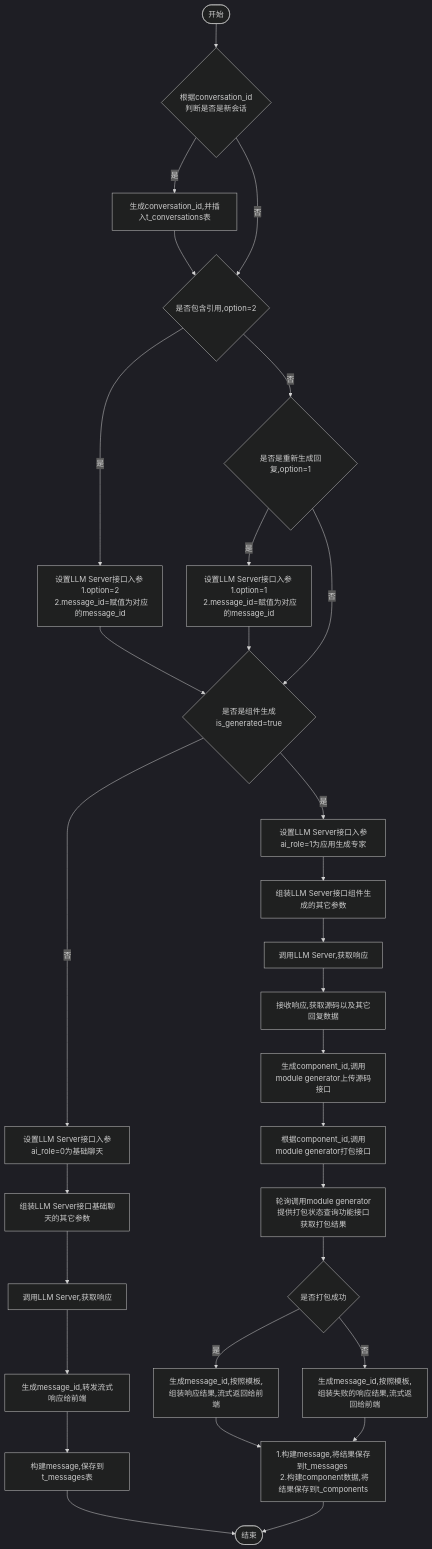
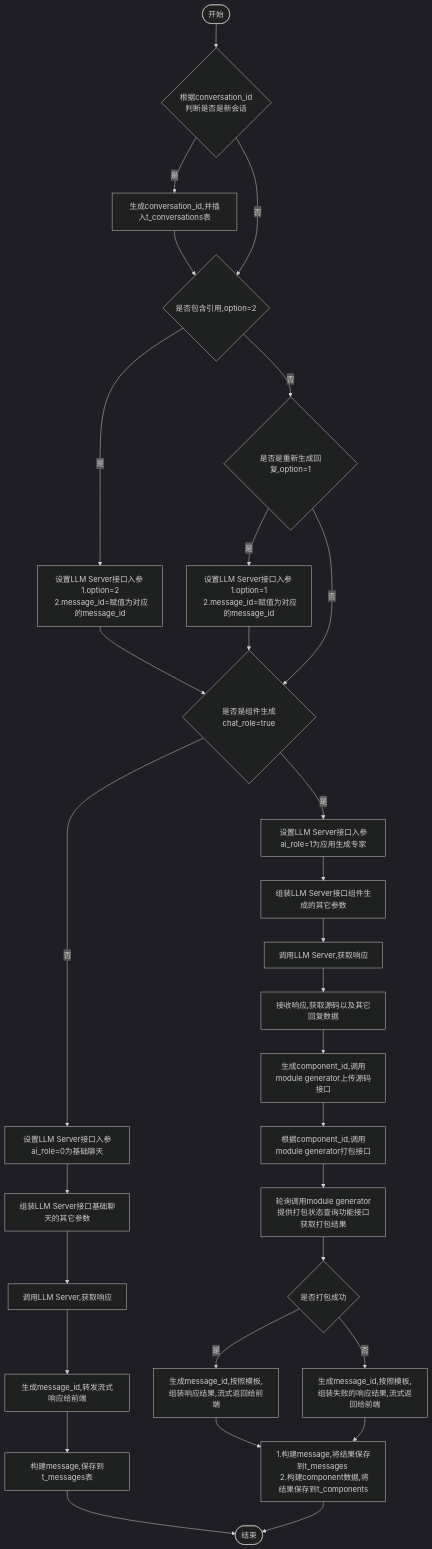
The diagram in all/w3-会话-不需要传递message.md (yingjianzh/iodraw-files), drawn with Mermaid (dark theme) before and after one commit.

Commit message:
2024-10-14 11:52:57 update

````diff
--- a/all/w3-会话-不需要传递message.md
+++ b/all/w3-会话-不需要传递message.md
@@ -1,36 +1,36 @@
 ```mermaid
 flowchart TD
     A([开始]) --> B{根据conversation_id \n 判断是否是新会话}
     B -- 是 --> C[生成conversation_id,并插入t_conversations表]
     C --> D
     B -- 否 --> D{是否包含引用,option=2}
     D -- 是 --> E[设置LLM Server接口入参 \n 1.option=2 \n 2.message_id=赋值为对应的message_id]
     D -- 否 --> F{是否是重新生成回复,option=1}
     F -- 是 --> G[设置LLM Server接口入参 \n 1.option=1 \n 2.message_id=赋值为对应的message_id]
     F -- 否 --> I
      
-    E & G --> I{是否是组件生成is_generated=true}
+    E & G --> I{是否是组件生成chat_role=true}
     I -- 否 --> K[设置LLM Server接口入参ai_role=0为基础聊天]
     I -- 是 --> J[设置LLM Server接口入参ai_role=1为应用生成专家]
     
 
     J --> L[组装LLM Server接口组件生成的其它参数]    
     K --> M[组装LLM Server接口基础聊天的其它参数]    
     M --> N[调用LLM Server,获取响应]    
     N --> O[生成message_id,转发流式响应给前端]
     O --> P[构建message,保存到t_messages表]
     P --> R([结束])
 
 
     L --> S[调用LLM Server,获取响应]
     S --> T[接收响应,获取源码以及其它回复数据]
     T --> U[生成component_id,调用module generator上传源码接口]
     U --> V[根据component_id,调用module generator打包接口]
     V --> W[轮询调用module generator提供打包状态查询功能接口获取打包结果]
     W --> X{是否打包成功}
     X -- 是 --> Y[生成message_id,按照模板,组装响应结果,流式返回给前端]
     X -- 否 --> Z[生成message_id,按照模板,组装失败的响应结果,流式返回给前端]
 
     Y & Z --> Result[1.构建message,将结果保存到t_messages \n 2.构建component数据,将结果保存到t_components]
     Result --> R
 ```
````
